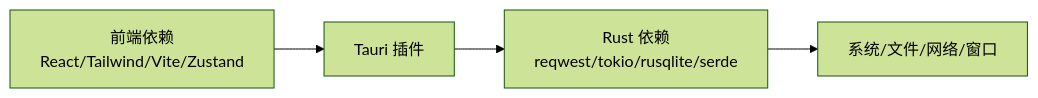
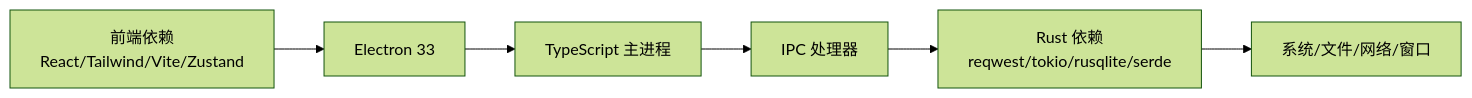
Before and after one commit to baike08/cosurf: the ninth of 9 diagrams in .qoder/repowiki/zh/content/架构设计/技术栈.md, drawn with Mermaid (forest theme). The commit also changed other lines of this file and 15 other files, not shown here.

````diff
--- a/.qoder/repowiki/zh/content/架构设计/技术栈.md
+++ b/.qoder/repowiki/zh/content/架构设计/技术栈.md
@@ -316,6 +400,8 @@
 ```mermaid
 graph LR
-WEB_DEPS["前端依赖<br/>React/Tailwind/Vite/Zustand"] --> TAURI_DEPS["Tauri 插件"]
-TAURI_DEPS --> RUST_DEPS["Rust 依赖<br/>reqwest/tokio/rusqlite/serde"]
+WEB_DEPS["前端依赖<br/>React/Tailwind/Vite/Zustand"] --> ELECTRON_DEPS["Electron 33"]
+ELECTRON_DEPS --> TS_MAIN["TypeScript 主进程"]
+TS_MAIN --> IPC_HANDLERS["IPC 处理器"]
+IPC_HANDLERS --> RUST_DEPS["Rust 依赖<br/>reqwest/tokio/rusqlite/serde"]
 RUST_DEPS --> SYS["系统/文件/网络/窗口"]
 ```
````
